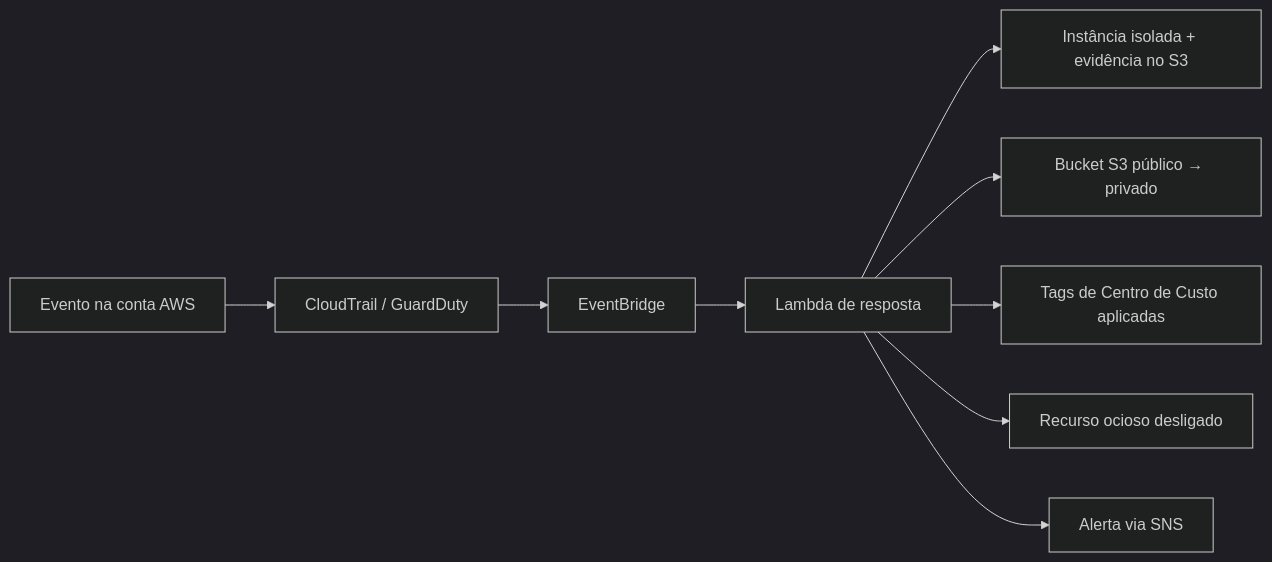
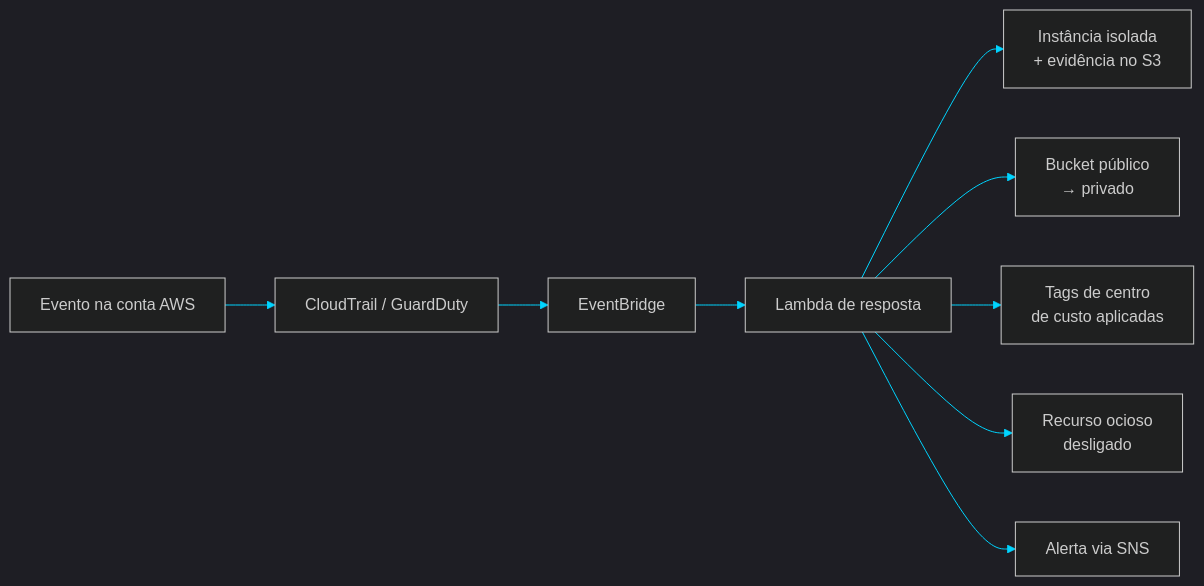
Before and after one commit to kctxdev/Kctxdev: the diagram in README.md, drawn with Mermaid. The commit also changed other lines of this file, not shown here.

````diff
--- a/README.md
+++ b/README.md
@@ -206,12 +181,12 @@
 ```mermaid
-%%{init: {'theme':'dark'}}%%
+%%{init: {'theme':'dark', 'themeVariables': {'primaryColor':'#203A43','primaryTextColor':'#ffffff','lineColor':'#00D4FF','primaryBorderColor':'#00D4FF'}}}%%
 flowchart LR
     A[Evento na conta AWS] --> B[CloudTrail / GuardDuty]
     B --> C[EventBridge]
     C --> D[Lambda de resposta]
-    D --> E[Instância isolada + evidência no S3]
-    D --> F[Bucket S3 público → privado]
-    D --> G[Tags de Centro de Custo aplicadas]
-    D --> H[Recurso ocioso desligado]
+    D --> E[Instância isolada<br/>+ evidência no S3]
+    D --> F[Bucket público<br/>→ privado]
+    D --> G[Tags de centro<br/>de custo aplicadas]
+    D --> H[Recurso ocioso<br/>desligado]
     D --> I[Alerta via SNS]
 ```
````
